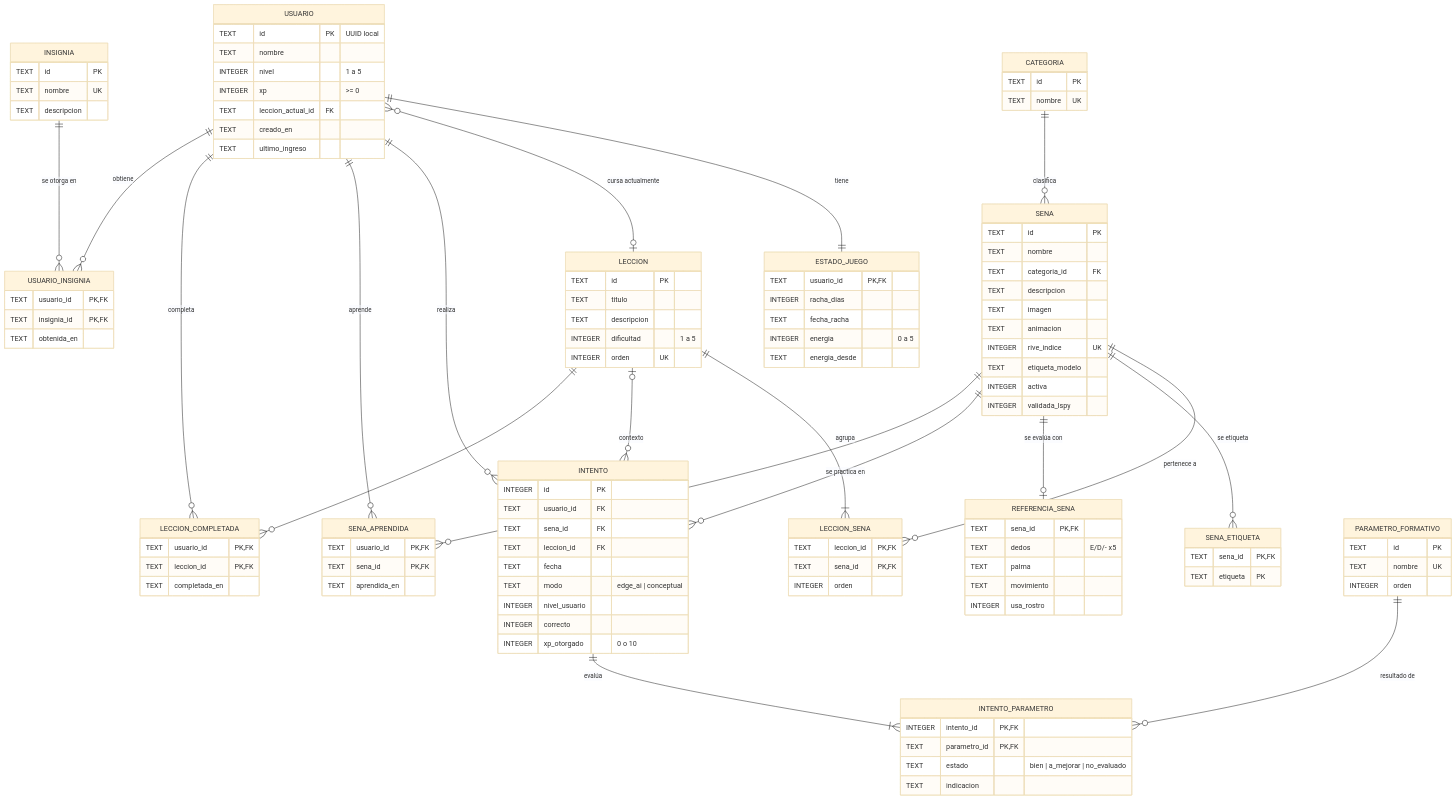
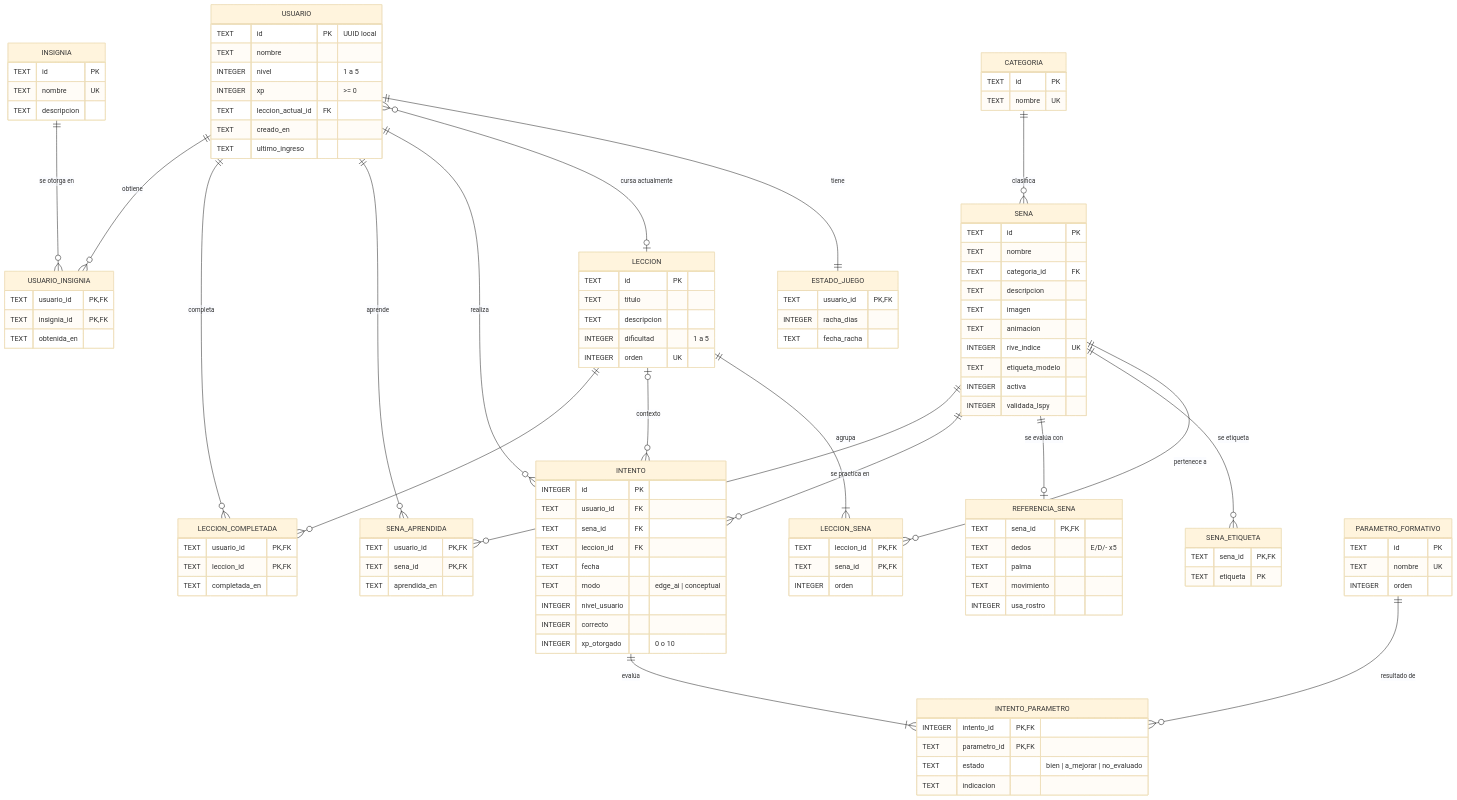
Before and after one commit to FerRobles616/SenasGo: the diagram in docs/diagramas/entidad_relacion.mmd, drawn with Mermaid (base theme). The commit also changed 17 other files, not shown here.

```diff
--- a/docs/diagramas/entidad_relacion.mmd
+++ b/docs/diagramas/entidad_relacion.mmd
@@ -1,117 +1,115 @@
 erDiagram
     USUARIO ||--|| ESTADO_JUEGO : "tiene"
     USUARIO }o--o| LECCION : "cursa actualmente"
     USUARIO ||--o{ INTENTO : "realiza"
     USUARIO ||--o{ SENA_APRENDIDA : "aprende"
     USUARIO ||--o{ LECCION_COMPLETADA : "completa"
     USUARIO ||--o{ USUARIO_INSIGNIA : "obtiene"
     LECCION ||--|{ LECCION_SENA : "agrupa"
     SENA ||--o{ LECCION_SENA : "pertenece a"
     CATEGORIA ||--o{ SENA : "clasifica"
     SENA ||--o{ SENA_ETIQUETA : "se etiqueta"
     SENA ||--o| REFERENCIA_SENA : "se evalúa con"
     SENA ||--o{ INTENTO : "se practica en"
     LECCION |o--o{ INTENTO : "contexto"
     INTENTO ||--|{ INTENTO_PARAMETRO : "evalúa"
     PARAMETRO_FORMATIVO ||--o{ INTENTO_PARAMETRO : "resultado de"
     SENA ||--o{ SENA_APRENDIDA : ""
     LECCION ||--o{ LECCION_COMPLETADA : ""
     INSIGNIA ||--o{ USUARIO_INSIGNIA : "se otorga en"
 
     USUARIO {
         TEXT id PK "UUID local"
         TEXT nombre
         INTEGER nivel "1 a 5"
         INTEGER xp ">= 0"
         TEXT leccion_actual_id FK
         TEXT creado_en
         TEXT ultimo_ingreso
     }
     ESTADO_JUEGO {
         TEXT usuario_id PK, FK
         INTEGER racha_dias
         TEXT fecha_racha
-        INTEGER energia "0 a 5"
-        TEXT energia_desde
     }
     CATEGORIA {
         TEXT id PK
         TEXT nombre UK
     }
     LECCION {
         TEXT id PK
         TEXT titulo
         TEXT descripcion
         INTEGER dificultad "1 a 5"
         INTEGER orden UK
     }
     SENA {
         TEXT id PK
         TEXT nombre
         TEXT categoria_id FK
         TEXT descripcion
         TEXT imagen
         TEXT animacion
         INTEGER rive_indice UK
         TEXT etiqueta_modelo
         INTEGER activa
         INTEGER validada_lspy
     }
     SENA_ETIQUETA {
         TEXT sena_id PK, FK
         TEXT etiqueta PK
     }
     LECCION_SENA {
         TEXT leccion_id PK, FK
         TEXT sena_id PK, FK
         INTEGER orden
     }
     REFERENCIA_SENA {
         TEXT sena_id PK, FK
         TEXT dedos "E/D/- x5"
         TEXT palma
         TEXT movimiento
         INTEGER usa_rostro
     }
     PARAMETRO_FORMATIVO {
         TEXT id PK
         TEXT nombre UK
         INTEGER orden
     }
     INTENTO {
         INTEGER id PK
         TEXT usuario_id FK
         TEXT sena_id FK
         TEXT leccion_id FK
         TEXT fecha
         TEXT modo "edge_ai | conceptual"
         INTEGER nivel_usuario
         INTEGER correcto
         INTEGER xp_otorgado "0 o 10"
     }
     INTENTO_PARAMETRO {
         INTEGER intento_id PK, FK
         TEXT parametro_id PK, FK
         TEXT estado "bien | a_mejorar | no_evaluado"
         TEXT indicacion
     }
     SENA_APRENDIDA {
         TEXT usuario_id PK, FK
         TEXT sena_id PK, FK
         TEXT aprendida_en
     }
     LECCION_COMPLETADA {
         TEXT usuario_id PK, FK
         TEXT leccion_id PK, FK
         TEXT completada_en
     }
     INSIGNIA {
         TEXT id PK
         TEXT nombre UK
         TEXT descripcion
     }
     USUARIO_INSIGNIA {
         TEXT usuario_id PK, FK
         TEXT insignia_id PK, FK
         TEXT obtenida_en
     }
```
